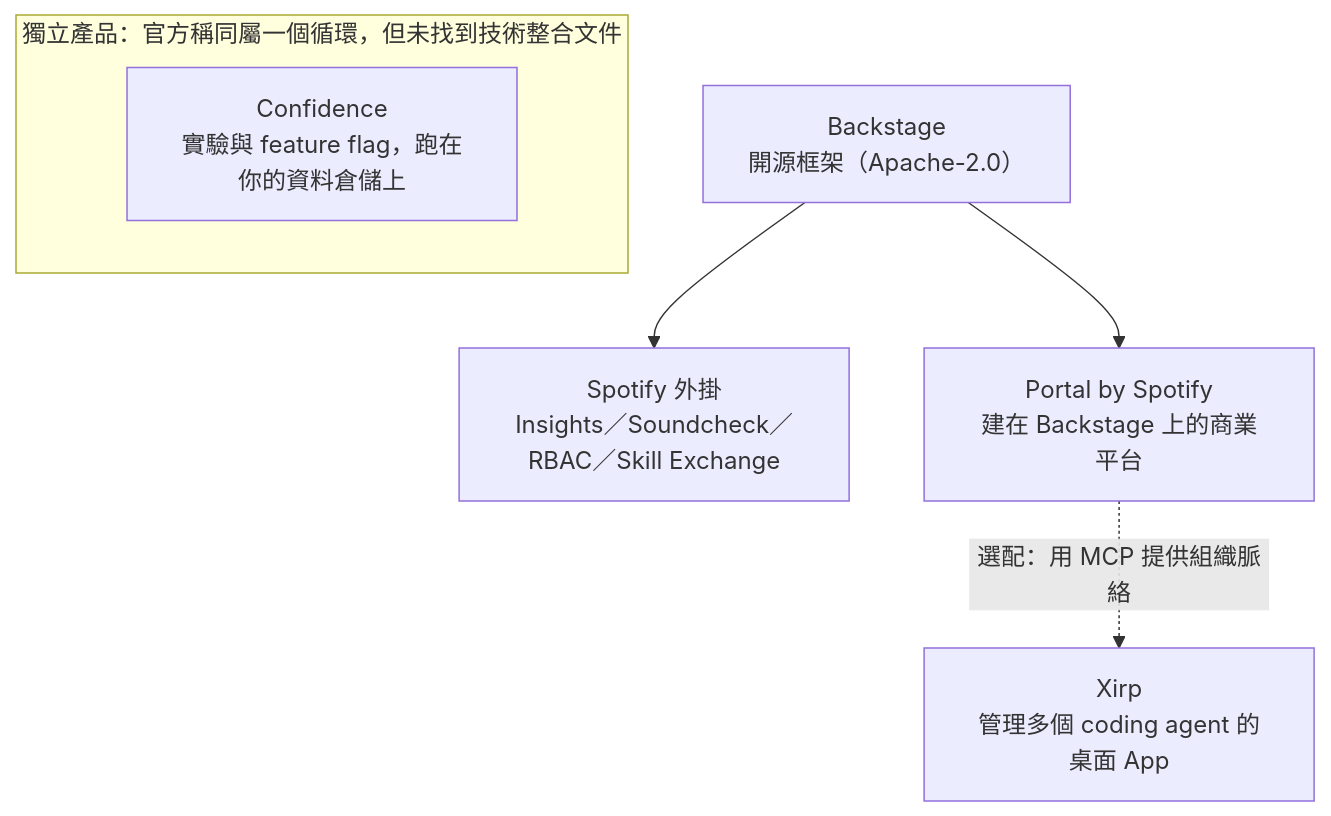
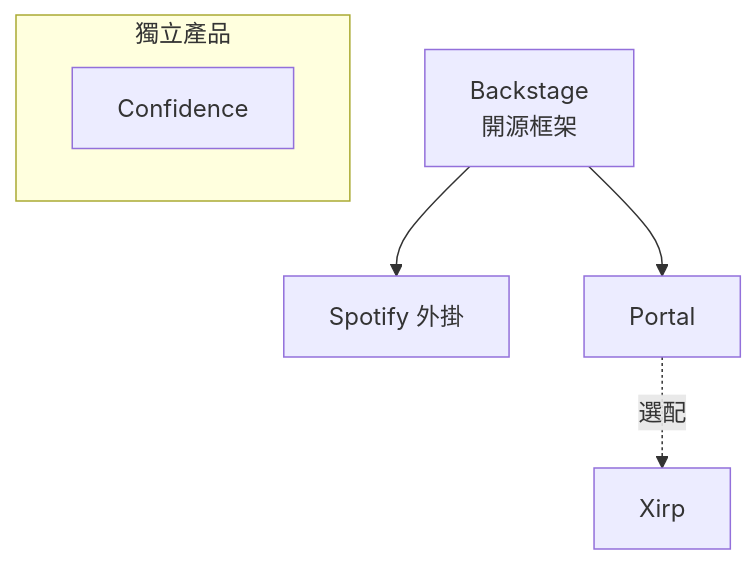
Before and after one commit to vincentxuu/quidproquo: the diagram in src/content/posts/ai/2026-10-11-spotify-technology-rd-tools.md, drawn with Mermaid. The commit also changed other lines of this file and 1 other file, not shown here.

Commit message:
post(ai): 關係圖縮短節點文字以利手機閱讀，修正跨語言連結路徑
Claude-Session: https://claude.ai/code/session_01NtDfbYTmBpbGeu33VXu73i

````diff
--- a/src/content/posts/ai/2026-10-11-spotify-technology-rd-tools.md
+++ b/src/content/posts/ai/2026-10-11-spotify-technology-rd-tools.md
@@ -44,13 +44,13 @@
 ```mermaid
 flowchart TB
-  B["Backstage<br/>開源框架（Apache-2.0）"]
-  PL["Spotify 外掛<br/>Insights／Soundcheck／RBAC／Skill Exchange"]
-  P["Portal by Spotify<br/>建在 Backstage 上的商業平台"]
-  X["Xirp<br/>管理多個 coding agent 的桌面 App"]
+  B["Backstage<br/>開源框架"]
+  PL["Spotify 外掛"]
+  P["Portal"]
+  X["Xirp"]
   B --> PL
   B --> P
-  P -. "選配：用 MCP 提供組織脈絡" .-> X
-  subgraph S2["獨立產品：官方稱同屬一個循環，但未找到技術整合文件"]
-    C["Confidence<br/>實驗與 feature flag，跑在你的資料倉儲上"]
+  P -. "選配" .-> X
+  subgraph S2["獨立產品"]
+    C["Confidence"]
   end
 ```
````
